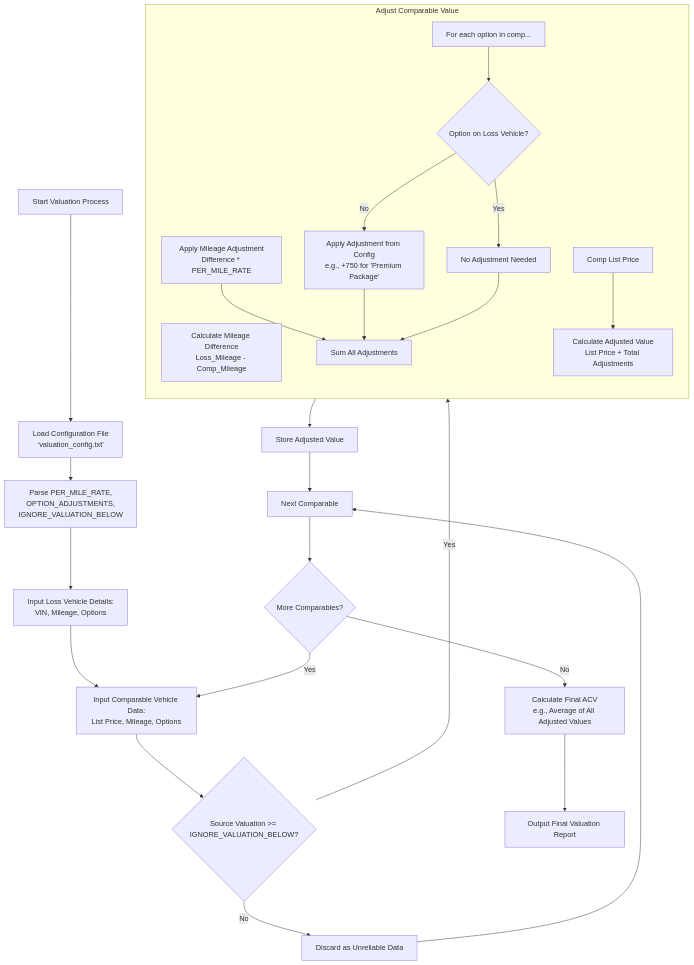
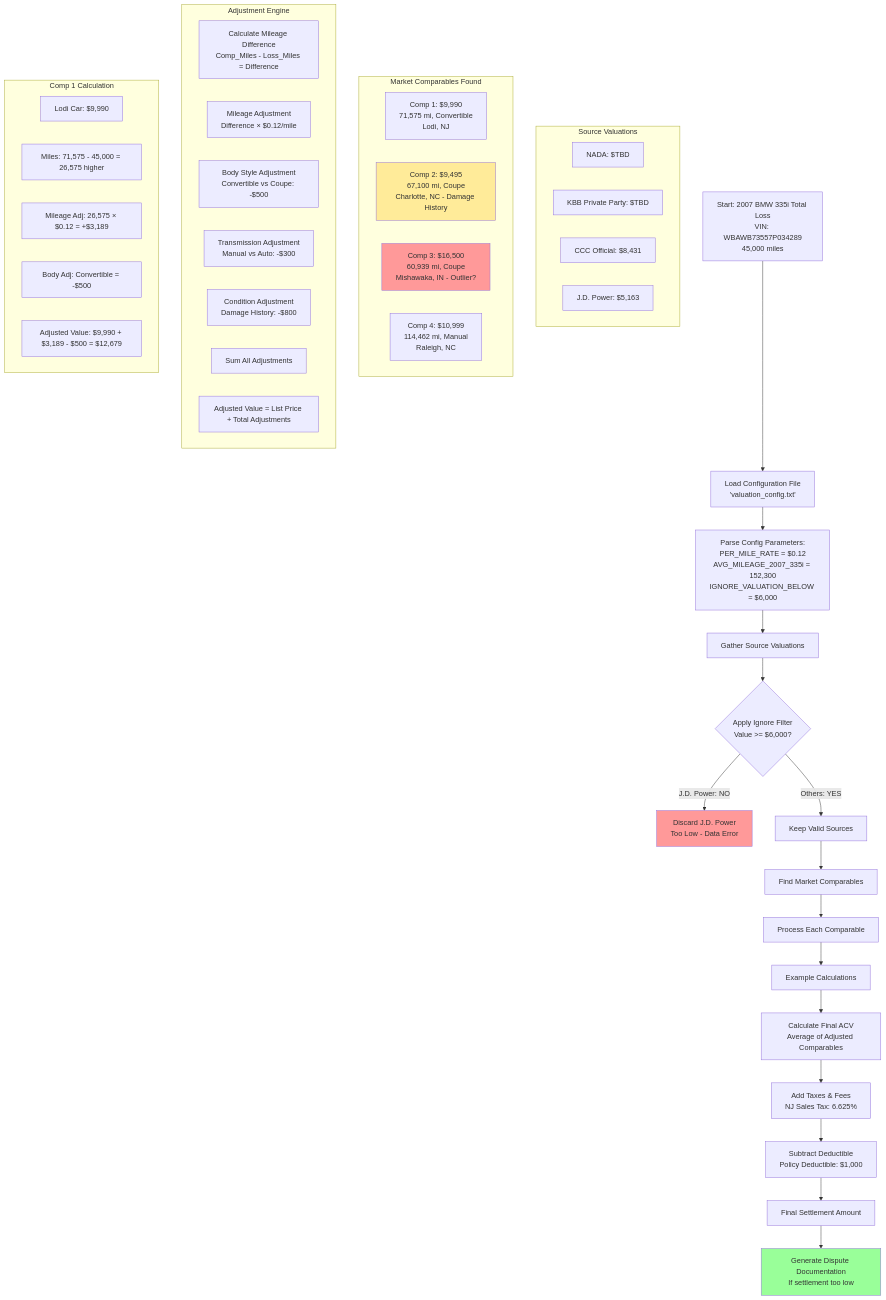
One commit to the-ai-entrepreneur-ai-hub/Automate-CCC-Reports-for-Valuation changed the diagram in README.md. Above: the diagram before and after it, drawn with Mermaid.

Commit message:
Update flowchart with real BMW 335i valuation data and improved styling
Replace generic workflow diagram with actual case study showing:
- Specific vehicle details (VIN: WBAWB73557P034289, 45k miles)
- Real market comparables from research (,990-6,500 range)
- Actual adjustment calculations with mileage rates
- Data quality filtering (J.D. Power outlier removal)
- Complete settlement process including taxes and deductible
- Improved color visibility for flowchart elements

````diff
--- a/README.md
+++ b/README.md
@@ -9,35 +9,66 @@
 ```mermaid
 flowchart TD
-    A[Start Valuation Process] --> B[Load Configuration File<br>'valuation_config.txt']
-    B --> C[Parse PER_MILE_RATE,<br>OPTION_ADJUSTMENTS,<br>IGNORE_VALUATION_BELOW]
+    A[Start: 2007 BMW 335i Total Loss<br>VIN: WBAWB73557P034289<br>45,000 miles] --> B[Load Configuration File<br>'valuation_config.txt']
     
-    C --> D[Input Loss Vehicle Details:<br>VIN, Mileage, Options]
-    D --> E[Input Comparable Vehicle Data:<br>List Price, Mileage, Options]
-
-    E --> F{Source Valuation >= IGNORE_VALUATION_BELOW?}
-    F -- No --> G[Discard as Unreliable Data]
-    F -- Yes --> H[Process Comparable]
+    B --> C[Parse Config Parameters:<br>PER_MILE_RATE = $0.12<br>AVG_MILEAGE_2007_335i = 152,300<br>IGNORE_VALUATION_BELOW = $6,000]
     
-    subgraph H [Adjust Comparable Value]
-        direction TB
-        H1[Calculate Mileage Difference<br>Loss_Mileage - Comp_Mileage]
-        H2[Apply Mileage Adjustment<br>Difference * PER_MILE_RATE]
-        H3[For each option in comp...]
-        H4{Option on Loss Vehicle?}
-        H3 --> H4
-        H4 -- No --> H5[Apply Adjustment from Config<br>e.g., +750 for 'Premium Package']
-        H4 -- Yes --> H6[No Adjustment Needed]
-        H2 & H5 & H6 --> H7[Sum All Adjustments]
-        H8[Comp List Price] --> H9[Calculate Adjusted Value<br>List Price + Total Adjustments]
+    C --> D[Gather Source Valuations]
+    
+    subgraph D1 [Source Valuations]
+        D2[NADA: $TBD]
+        D3[KBB Private Party: $TBD] 
+        D4[CCC Official: $8,431]
+        D5[J.D. Power: $5,163]
     end
-
-    H --> I[Store Adjusted Value]
-    G --> J[Next Comparable]
-    I --> J
     
-    J --> K{More Comparables?}
-    K -- Yes --> E
-    K -- No --> L[Calculate Final ACV<br>e.g., Average of All Adjusted Values]
+    D --> E{Apply Ignore Filter<br>Value >= $6,000?}
     
-    L --> M[Output Final Valuation Report]
+    E -- J.D. Power: NO --> F[Discard J.D. Power<br>Too Low - Data Error]
+    E -- Others: YES --> G[Keep Valid Sources]
+    
+    G --> H[Find Market Comparables]
+    
+    subgraph H1 [Market Comparables Found]
+        H2[Comp 1: $9,990<br>71,575 mi, Convertible<br>Lodi, NJ]
+        H3[Comp 2: $9,495<br>67,100 mi, Coupe<br>Charlotte, NC - Damage History]
+        H4[Comp 3: $16,500<br>60,939 mi, Coupe<br>Mishawaka, IN - Outlier?]
+        H5[Comp 4: $10,999<br>114,462 mi, Manual<br>Raleigh, NC]
+    end
+    
+    H --> I[Process Each Comparable]
+    
+    subgraph I1 [Adjustment Engine]
+        I2[Calculate Mileage Difference<br>Comp_Miles - Loss_Miles = Difference]
+        I3[Mileage Adjustment<br>Difference × $0.12/mile]
+        I4[Body Style Adjustment<br>Convertible vs Coupe: -$500]
+        I5[Transmission Adjustment<br>Manual vs Auto: -$300]
+        I6[Condition Adjustment<br>Damage History: -$800]
+        I7[Sum All Adjustments]
+        I8[Adjusted Value = List Price + Total Adjustments]
+    end
+    
+    I --> J[Example Calculations]
+    
+    subgraph J1 [Comp 1 Calculation]
+        J2[Lodi Car: $9,990]
+        J3[Miles: 71,575 - 45,000 = 26,575 higher]
+        J4[Mileage Adj: 26,575 × $0.12 = +$3,189]
+        J5[Body Adj: Convertible = -$500]
+        J6[Adjusted Value: $9,990 + $3,189 - $500 = $12,679]
+    end
+    
+    J --> K[Calculate Final ACV<br>Average of Adjusted Comparables]
+    
+    K --> L[Add Taxes & Fees<br>NJ Sales Tax: 6.625%]
+    
+    L --> M[Subtract Deductible<br>Policy Deductible: $1,000]
+    
+    M --> N[Final Settlement Amount]
+    
+    N --> O[Generate Dispute Documentation<br>If settlement too low]
+    
+    style F fill:#ff9999
+    style H3 fill:#ffeb99
+    style H4 fill:#ff9999
+    style O fill:#99ff99
 ```
````
